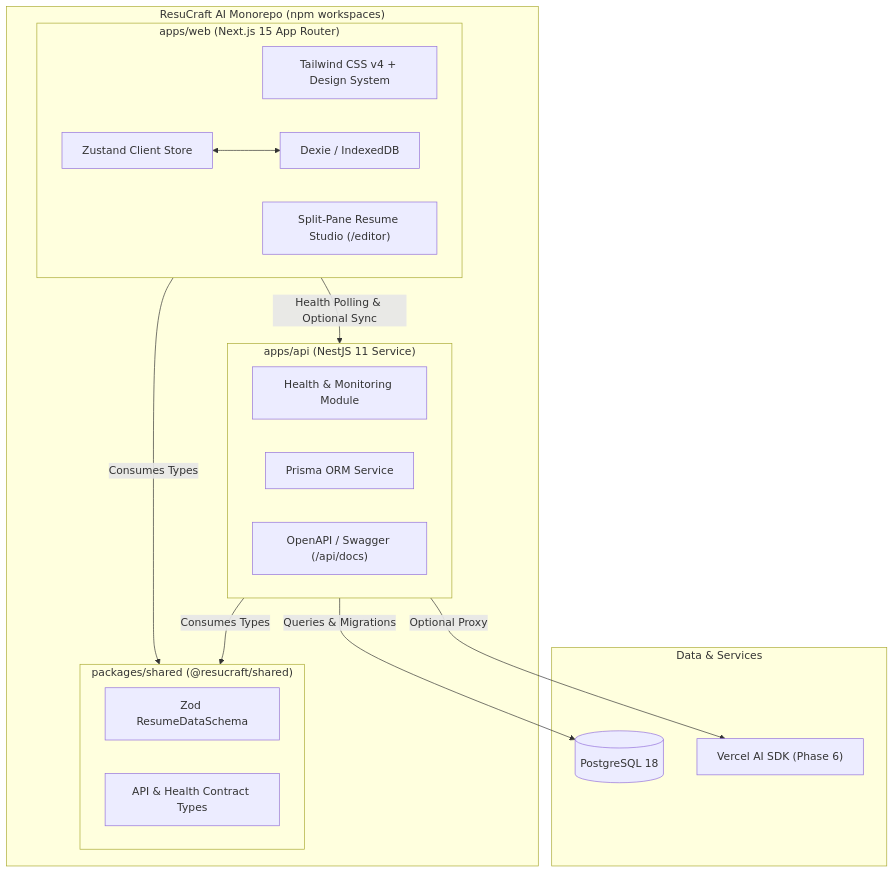
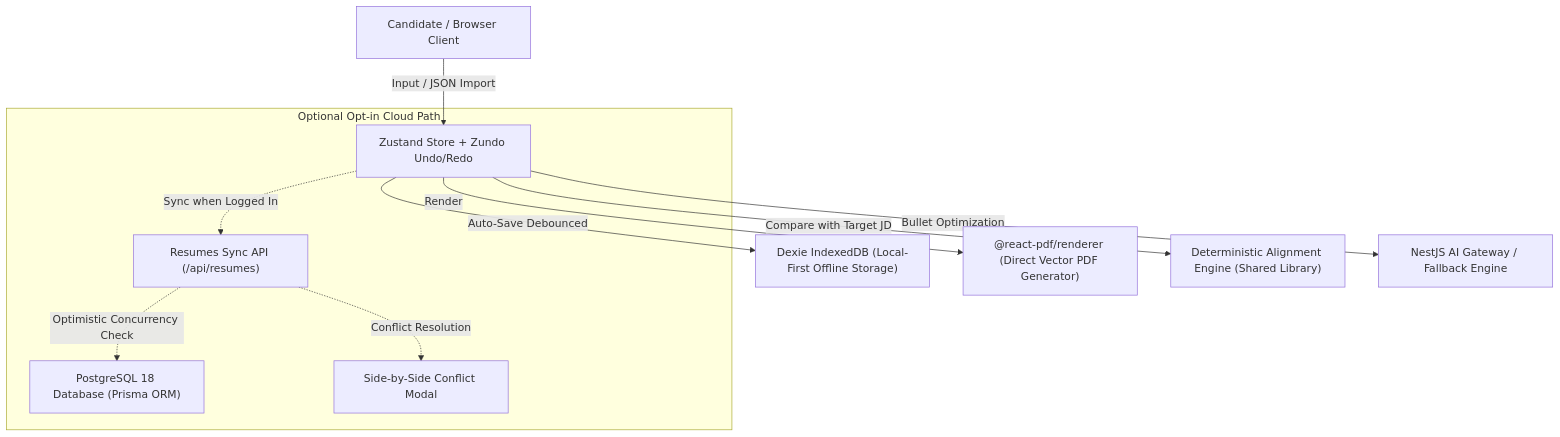
One commit to Vikash7t/interactive-resume-template changed the diagram in docs/ARCHITECTURE.md. Above: the diagram before and after it, drawn with Mermaid. The commit also changed other lines of this file and 8 other files, not shown here.

````diff
--- a/docs/ARCHITECTURE.md
+++ b/docs/ARCHITECTURE.md
@@ -7,34 +45,14 @@
 ```mermaid
 flowchart TD
-    subgraph Monorepo ["ResuCraft AI Monorepo (npm workspaces)"]
-        subgraph Web ["apps/web (Next.js 15 App Router)"]
-            UI["Tailwind CSS v4 + Design System"]
-            Studio["Split-Pane Resume Studio (/editor)"]
-            ClientStore["Zustand Client Store"]
-            ClientDB["Dexie / IndexedDB"]
-        end
+    User["Candidate / Browser Client"] -->|Input / JSON Import| Store["Zustand Store + Zundo Undo/Redo"]
+    Store -->|Auto-Save Debounced| IndexedDB["Dexie IndexedDB (Local-First Offline Storage)"]
+    Store -->|Render| PDFEngine["@react-pdf/renderer (Direct Vector PDF Generator)"]
+    Store -->|Compare with Target JD| AlignmentEngine["Deterministic Alignment Engine (Shared Library)"]
+    Store -->|Bullet Optimization| AIGateway["NestJS AI Gateway / Fallback Engine"]
 
-        subgraph Shared ["packages/shared (@resucraft/shared)"]
-            ResumeSchema["Zod ResumeDataSchema"]
-            ApiTypes["API & Health Contract Types"]
-        end
-
-        subgraph Api ["apps/api (NestJS 11 Service)"]
-            HealthMod["Health & Monitoring Module"]
-            PrismaMod["Prisma ORM Service"]
-            SwaggerDoc["OpenAPI / Swagger (/api/docs)"]
-        end
+    subgraph "Optional Opt-in Cloud Path"
+        Store -.->|Sync when Logged In| NestSync["Resumes Sync API (/api/resumes)"]
+        NestSync -.->|Optimistic Concurrency Check| Postgres["PostgreSQL 18 Database (Prisma ORM)"]
+        NestSync -.->|Conflict Resolution| ConflictUI["Side-by-Side Conflict Modal"]
     end
-
-    subgraph Data ["Data & Services"]
-        PG[(PostgreSQL 18)]
-        AI_GW["Vercel AI SDK (Phase 6)"]
-    end
-
-    Web -->|Consumes Types| Shared
-    Api -->|Consumes Types| Shared
-    Web -->|Health Polling & Optional Sync| Api
-    Api -->|Queries & Migrations| PG
-    Api -->|Optional Proxy| AI_GW
-    ClientStore <--> ClientDB
 ```
````
